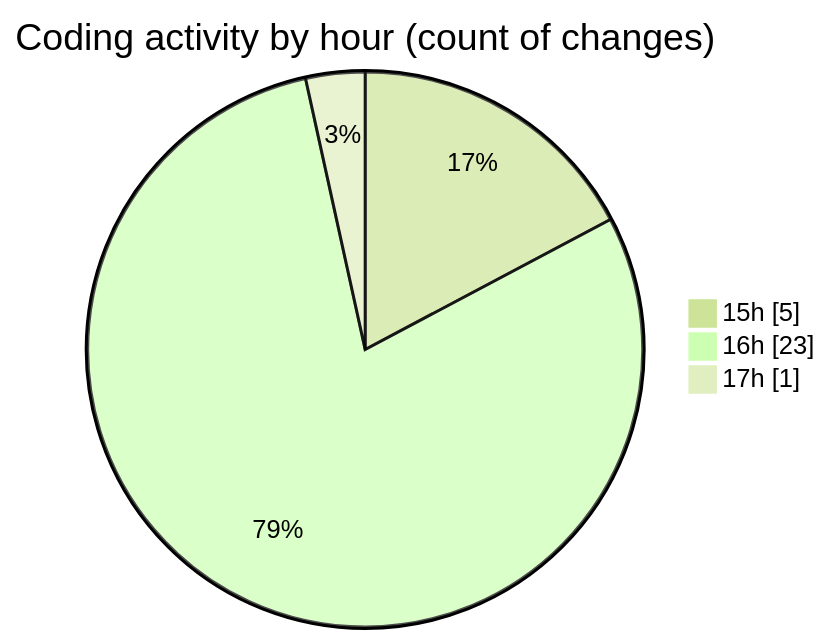
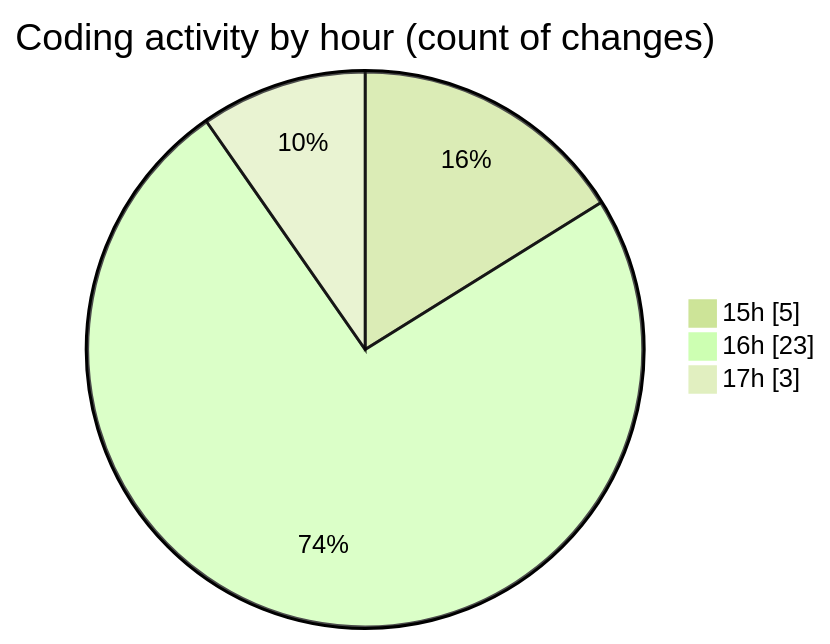
The second of 2 diagrams in 2025-07-22/fish/README.md (EIIisD/code-tracking), drawn with Mermaid (forest theme) before and after one commit. The commit also changed other lines of this file and 1 other file, not shown here.

````diff
--- a/2025-07-22/fish/README.md
+++ b/2025-07-22/fish/README.md
@@ -32,7 +32,7 @@
 ```mermaid
 pie showData
 title Coding activity by hour (count of changes)
 "15h" : 5
 "16h" : 23
-"17h" : 1
+"17h" : 3
 ```
````
